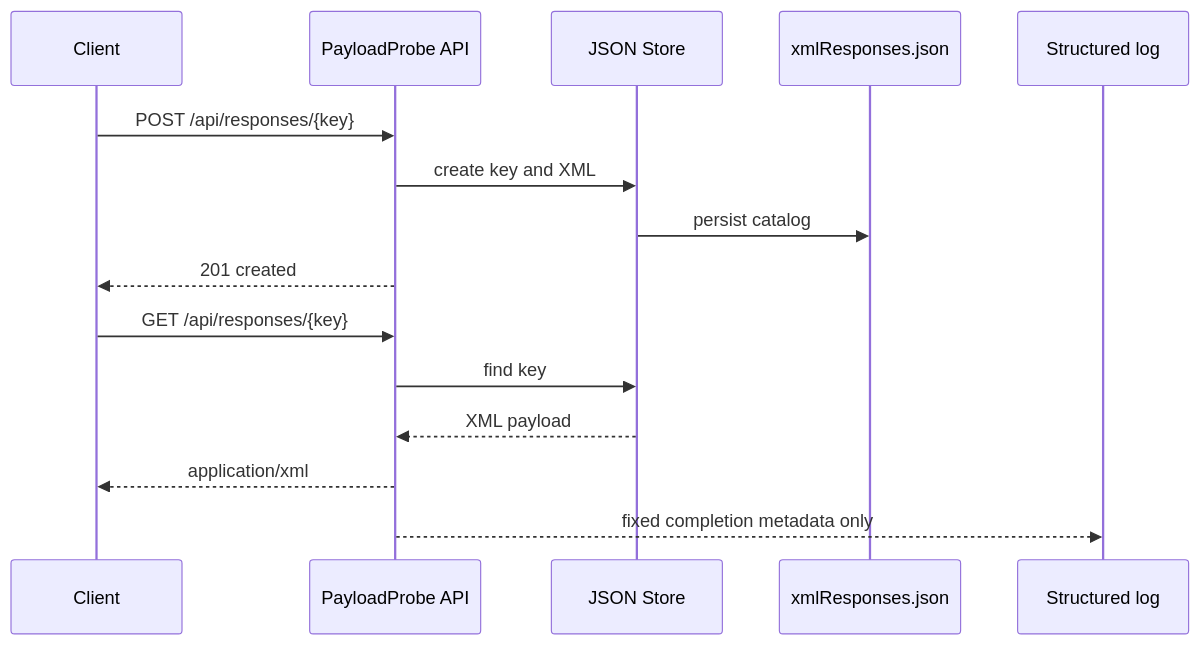
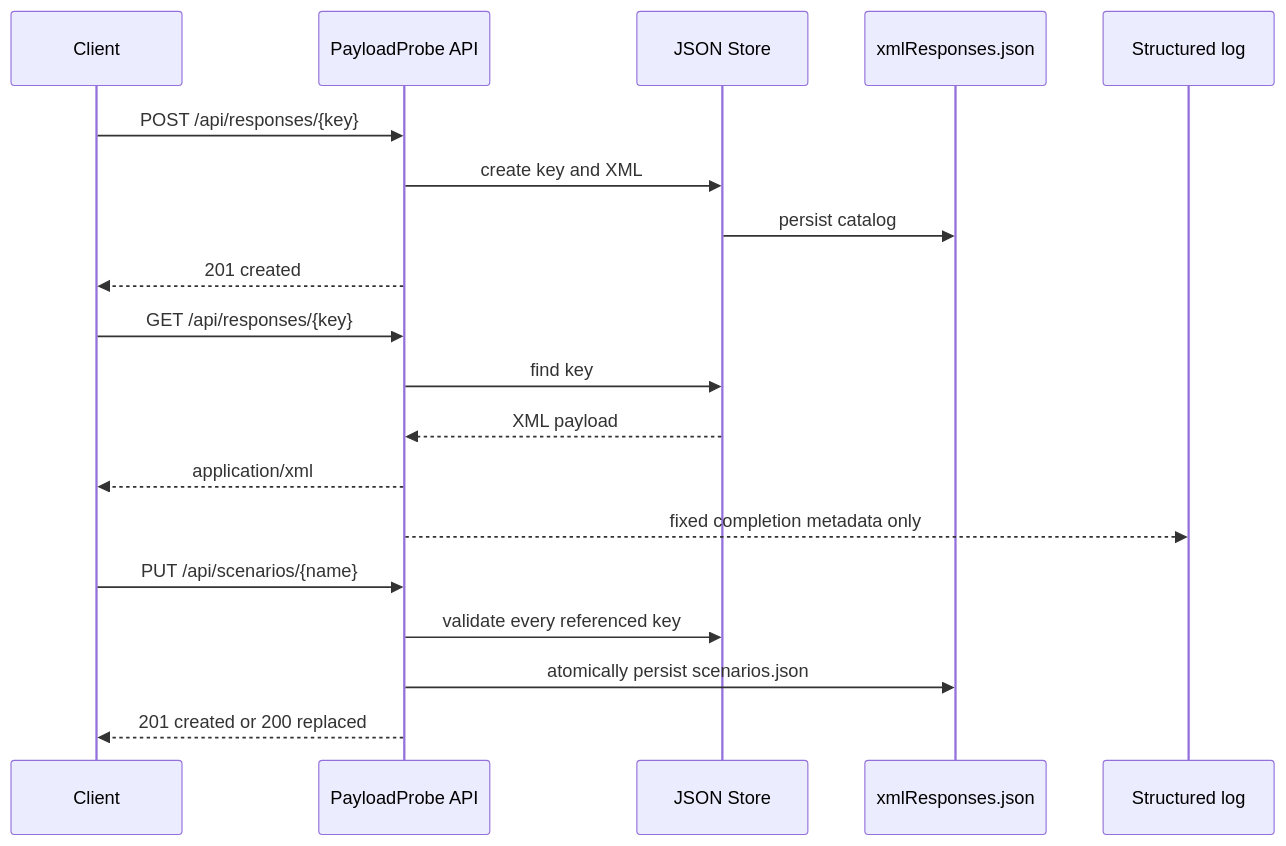
One commit to J4vedskh/payloadprobe-lab changed the second of 3 diagrams in docs/architecture.md. Above: the diagram before and after it, drawn with Mermaid. The commit also changed other lines of this file and 32 other files, not shown here.

````diff
--- a/docs/architecture.md
+++ b/docs/architecture.md
@@ -45,18 +79,22 @@
 ```mermaid
 sequenceDiagram
     participant Client
     participant API as PayloadProbe API
     participant Store as JSON Store
     participant File as xmlResponses.json
     participant Log as Structured log
 
     Client->>API: POST /api/responses/{key}
     API->>Store: create key and XML
     Store->>File: persist catalog
     API-->>Client: 201 created
     Client->>API: GET /api/responses/{key}
     API->>Store: find key
     Store-->>API: XML payload
     API-->>Client: application/xml
     API-->>Log: fixed completion metadata only
+    Client->>API: PUT /api/scenarios/{name}
+    API->>Store: validate every referenced key
+    API->>File: atomically persist scenarios.json
+    API-->>Client: 201 created or 200 replaced
 ```
````
